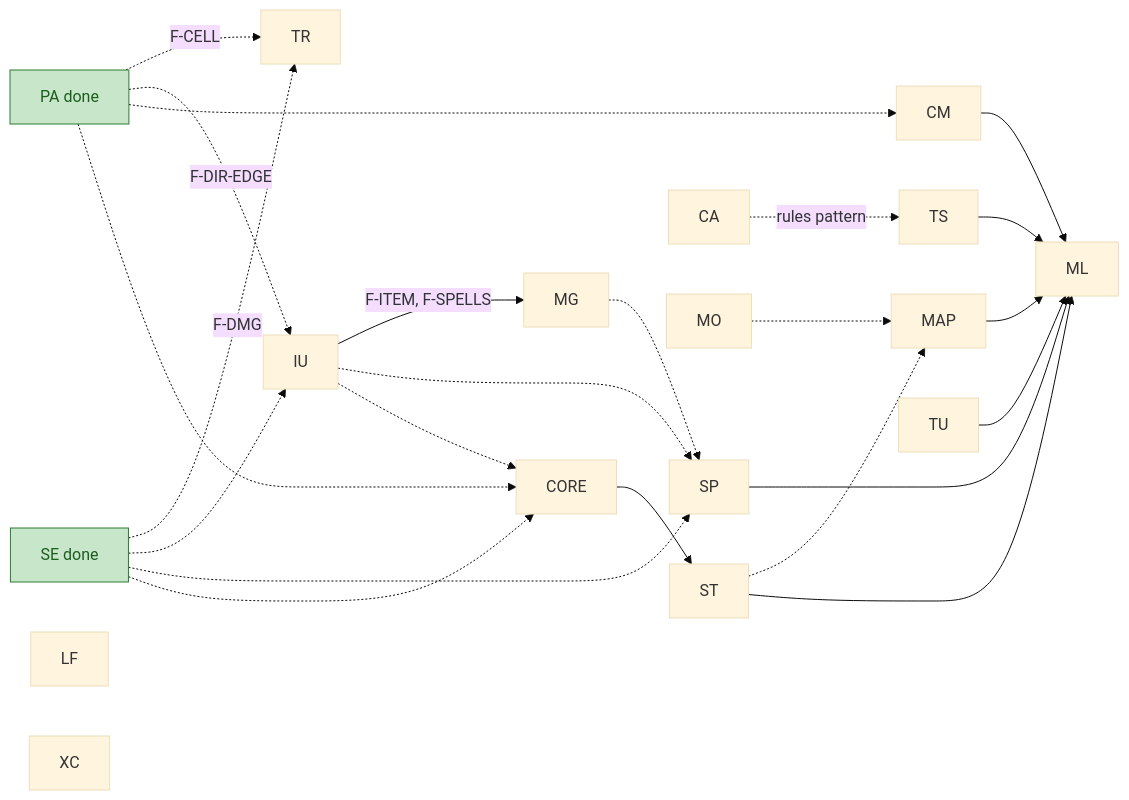
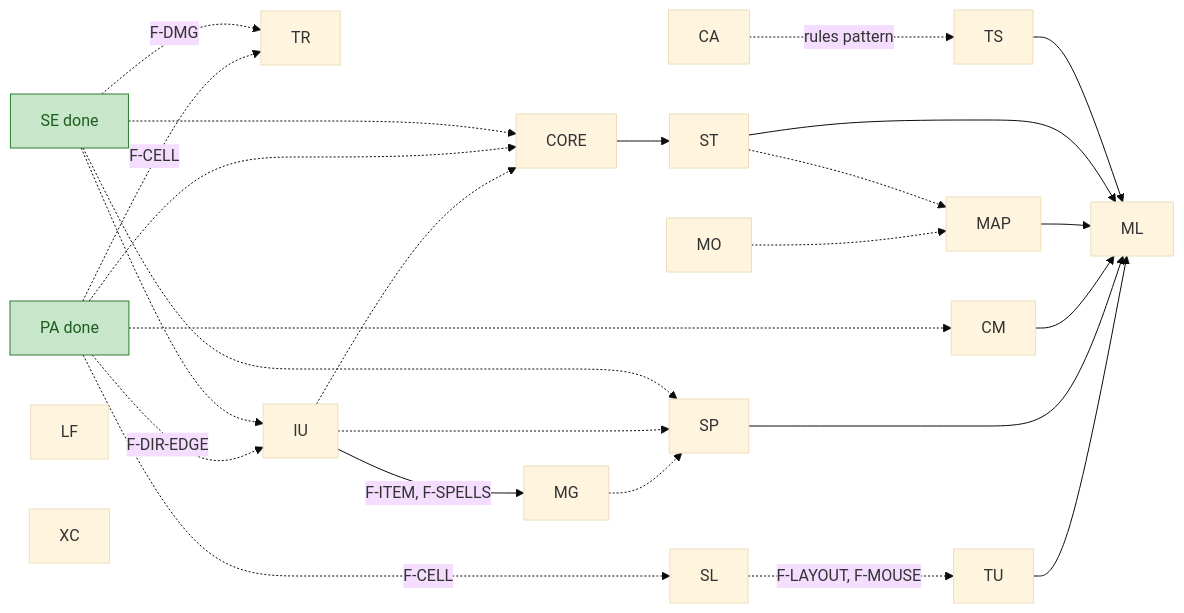
Before and after one commit to lollek/omoria: the diagram in docs/migration/backlog.md, drawn with Mermaid (base theme). The commit also changed other lines of this file and 2 other files, not shown here.

````diff
--- a/docs/migration/backlog.md
+++ b/docs/migration/backlog.md
@@ -211,29 +218,31 @@
 ```mermaid
 graph LR
   PA[PA done] -.->|F-CELL| TR
   SE[SE done] -.->|F-DMG| TR
   PA -.->|F-DIR-EDGE| IU
   SE -.-> IU
   IU -->|F-ITEM, F-SPELLS| MG
   MG -.-> SP
   IU -.-> SP
   SE -.-> SP
   CA -.->|rules pattern| TS
   MO -.-> MAP
   ST -.-> MAP
   PA -.-> CM
   IU -.-> CORE
   PA -.-> CORE
   SE -.-> CORE
   CORE --> ST
   TU --> ML
   SP --> ML
   CM --> ML
   MAP --> ML
   ST --> ML
   TS --> ML
+  PA -.->|F-CELL| SL
+  SL -.->|F-LAYOUT, F-MOUSE| TU
   LF
   XC
   classDef done fill:#c8e6c9,stroke:#2e7d32,color:#1b5e20
   class PA,SE done
 ```
````
